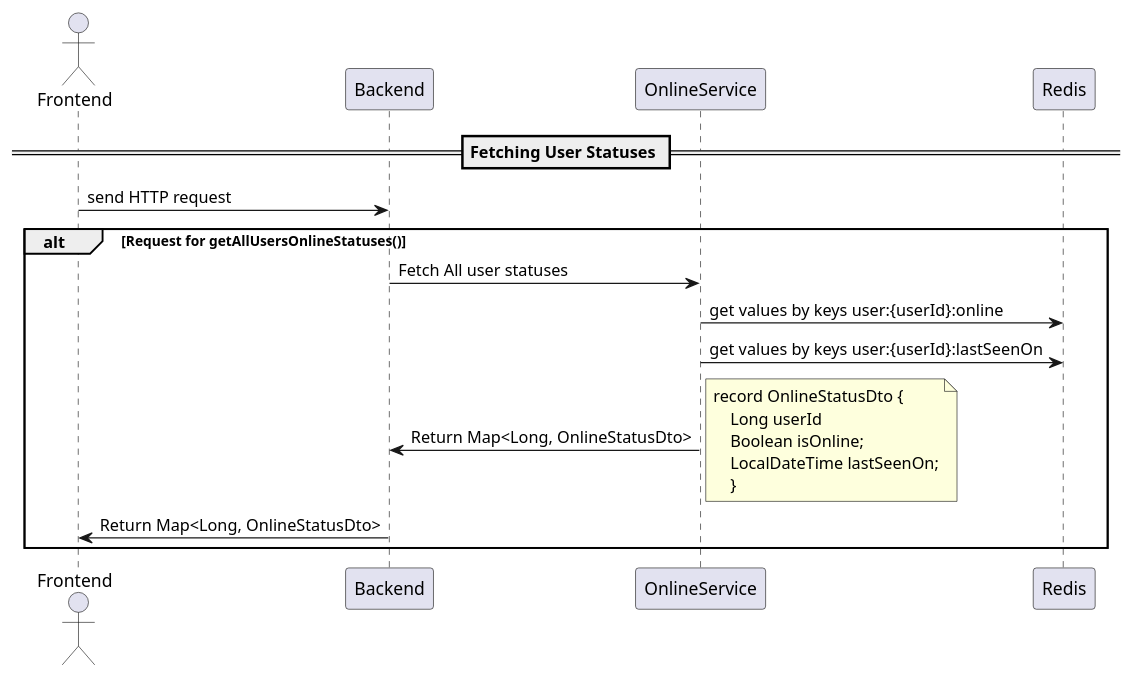
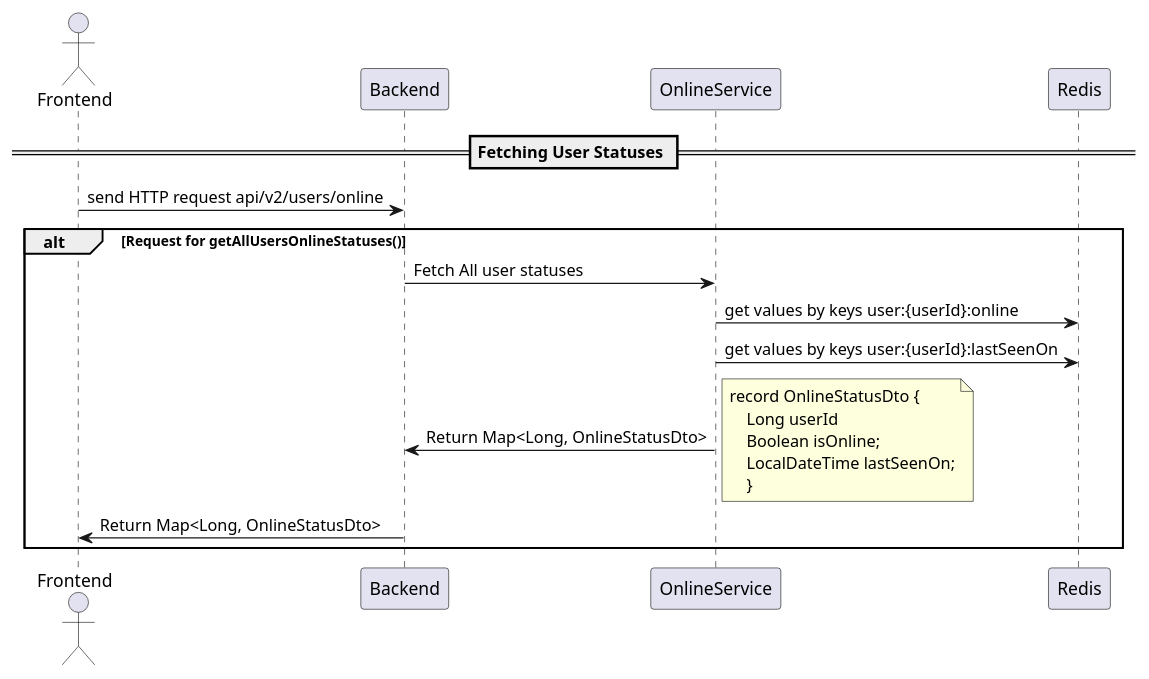
One commit to LiashenkoAndrey/talk-and-travel changed the diagram in docs/userLastSeenFeature/getOnlineStatusesUpd.puml. Above: the diagram before and after it, drawn with PlantUML. The commit also changed 11 other files, not shown here.

```diff
--- a/docs/userLastSeenFeature/getOnlineStatusesUpd.puml
+++ b/docs/userLastSeenFeature/getOnlineStatusesUpd.puml
@@ -1,26 +1,26 @@
 @startuml
 actor Frontend
 participant Backend
 participant OnlineService
 participant Redis
 == Fetching User Statuses ==
 
-    Frontend -> Backend : send HTTP request
+    Frontend -> Backend : send HTTP request api/v2/users/online
 
 
 alt Request for getAllUsersOnlineStatuses()
   Backend -> OnlineService : Fetch All user statuses
   OnlineService -> Redis : get values by keys user:{userId}:online
   OnlineService -> Redis : get values by keys user:{userId}:lastSeenOn
   OnlineService -> Backend : Return Map<Long, OnlineStatusDto>
   note right
   record OnlineStatusDto {
       Long userId
       Boolean isOnline;
       LocalDateTime lastSeenOn;
       }
   end note
   Backend -> Frontend : Return Map<Long, OnlineStatusDto>
 end
 
 @enduml
```
